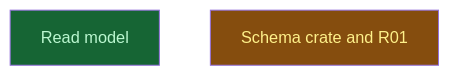
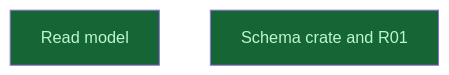
One commit to CrackingShells/cracking-shells-playbook changed the diagram in __roadmap__/m0b-domain-model-spec/read/README.md. Above: the diagram before and after it, drawn with Mermaid. The commit also changed other lines of this file and 2 other files, not shown here.

Commit message:
chore(roadmap): close the m0b crate level

````diff
--- a/__roadmap__/m0b-domain-model-spec/read/README.md
+++ b/__roadmap__/m0b-domain-model-spec/read/README.md
@@ -19,10 +19,10 @@
 ```mermaid
 graph TD
     read_model[Read model]:::done
-    crate[Schema crate and R01]:::inprogress
+    crate[Schema crate and R01]:::done
     classDef done       fill:#166534,color:#bbf7d0
     classDef inprogress fill:#854d0e,color:#fef08a
     classDef planned    fill:#374151,color:#e5e7eb
     classDef amendment  fill:#1e3a5f,color:#bfdbfe
     classDef blocked    fill:#7f1d1d,color:#fecaca
 ```
````
